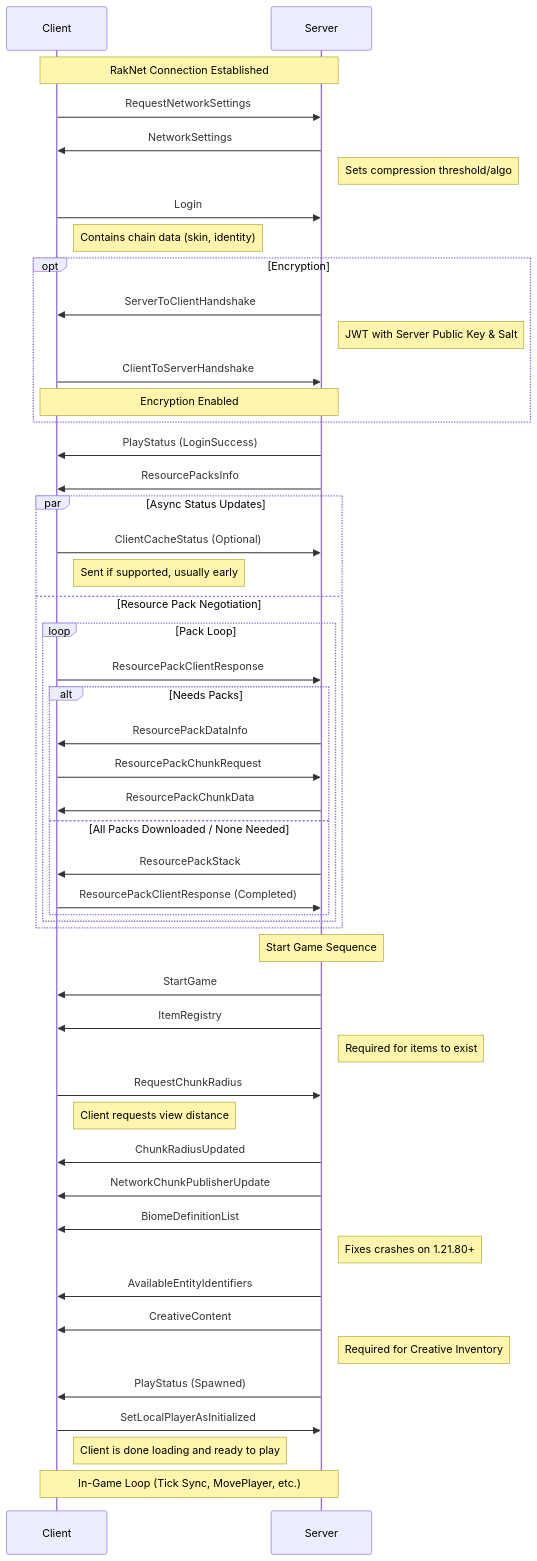
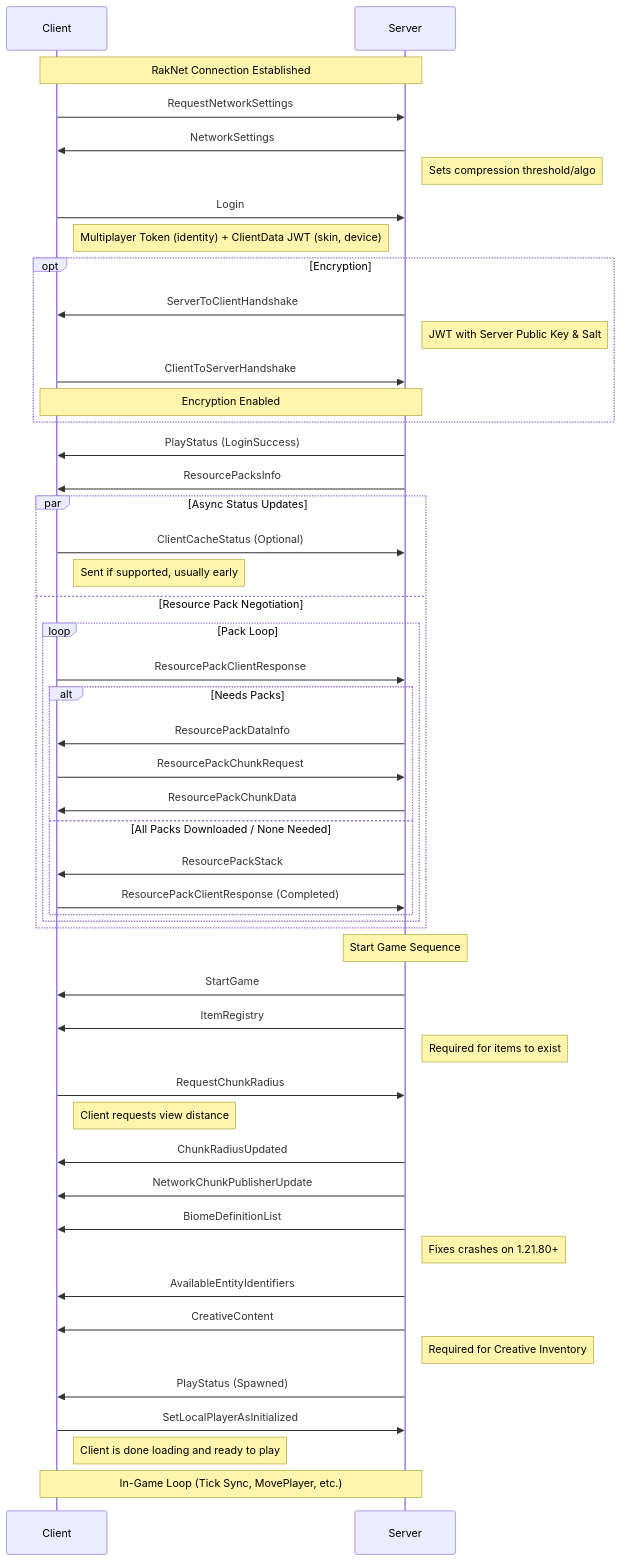
Before and after one commit to axolotl-stack/axolotl-stack: the diagram in crates/jolyne/docs/LOGIN_SEQUENCE.md, drawn with Mermaid. The commit also changed other lines of this file and 26 other files, not shown here.

````diff
--- a/crates/jolyne/docs/LOGIN_SEQUENCE.md
+++ b/crates/jolyne/docs/LOGIN_SEQUENCE.md
@@ -5,67 +5,67 @@
 ```mermaid
 sequenceDiagram
     participant Client
     participant Server
 
     Note over Client, Server: RakNet Connection Established
 
     Client->>Server: RequestNetworkSettings
     Server->>Client: NetworkSettings
     Note right of Server: Sets compression threshold/algo
 
     Client->>Server: Login
-    Note right of Client: Contains chain data (skin, identity)
+    Note right of Client: Multiplayer Token (identity) + ClientData JWT (skin, device)
     
     opt Encryption
         Server->>Client: ServerToClientHandshake
         Note right of Server: JWT with Server Public Key & Salt
         Client->>Server: ClientToServerHandshake
         Note over Client, Server: Encryption Enabled
     end
 
     Server->>Client: PlayStatus (LoginSuccess)
     Server->>Client: ResourcePacksInfo
     
     par Async Status Updates
         Client->>Server: ClientCacheStatus (Optional)
         Note right of Client: Sent if supported, usually early
     and Resource Pack Negotiation
         loop Pack Loop
             Client->>Server: ResourcePackClientResponse
             
             alt Needs Packs
                 Server->>Client: ResourcePackDataInfo
                 Client->>Server: ResourcePackChunkRequest
                 Server->>Client: ResourcePackChunkData
             else All Packs Downloaded / None Needed
                 Server->>Client: ResourcePackStack
                 Client->>Server: ResourcePackClientResponse (Completed)
             end
         end
     end
 
     Note over Server: Start Game Sequence
 
     Server->>Client: StartGame
     Server->>Client: ItemRegistry
     Note right of Server: Required for items to exist
 
     Client->>Server: RequestChunkRadius
     Note right of Client: Client requests view distance
 
     Server->>Client: ChunkRadiusUpdated
     Server->>Client: NetworkChunkPublisherUpdate
 
     Server->>Client: BiomeDefinitionList
     Note right of Server: Fixes crashes on 1.21.80+
     Server->>Client: AvailableEntityIdentifiers
     Server->>Client: CreativeContent
     Note right of Server: Required for Creative Inventory
 
     Server->>Client: PlayStatus (Spawned)
     
     Client->>Server: SetLocalPlayerAsInitialized
     Note right of Client: Client is done loading and ready to play
 
     Note over Client, Server: In-Game Loop (Tick Sync, MovePlayer, etc.)
 ```
````
